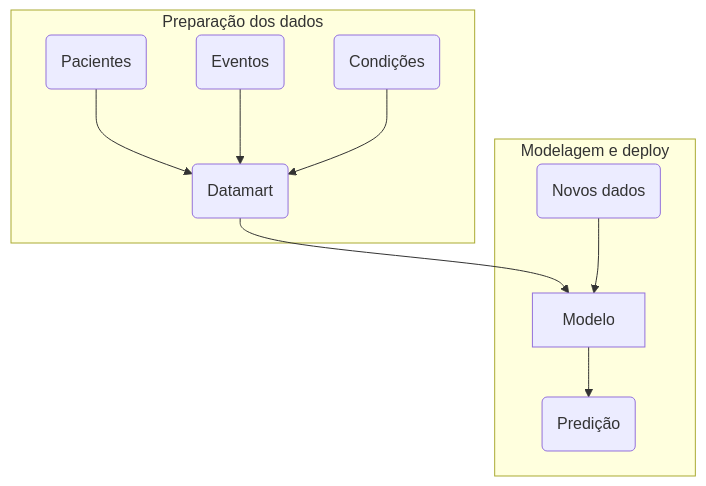
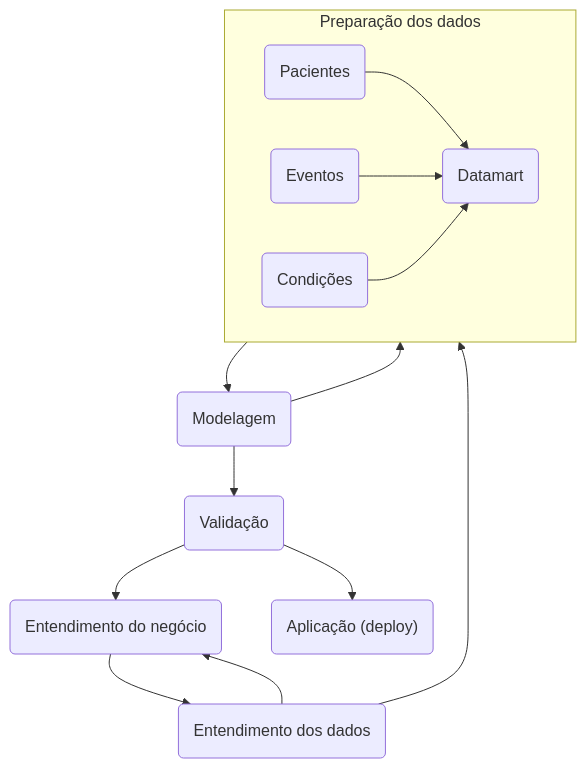
Before and after one commit to brolesi/ds4h: the diagram in README.md, drawn with Mermaid. The commit also changed other lines of this file and 1 other file, not shown here.

````diff
--- a/README.md
+++ b/README.md
@@ -31,14 +38,18 @@
 ```mermaid
-graph TB;
-subgraph Preparação dos dados
-  id1(Pacientes) --> id4(Datamart);
-  id2(Eventos)   --> id4(Datamart);
-  id3(Condições) --> id4(Datamart);
+flowchart  TB;
+id1(Entendimento do negócio) --> id2(Entendimento dos dados);
+id2(Entendimento dos dados) --> id1(Entendimento do negócio) ;
+id2(Entendimento dos dados) --> id100[Preparação dos dados];
+subgraph id100[Preparação dos dados]
+id101(Pacientes) --> id104(Datamart);
+id102(Eventos)   --> id104(Datamart);
+id103(Condições) --> id104(Datamart);
 end
-  id4(Datamart) -->  id5[Modelo];
-subgraph Modelagem e deploy
-  id6(Novos dados) --> id5[Modelo];
-  id5[Modelo] --> id7(Predição)
-end
-;
+
+id100[Preparação dos dados] --> id4(Modelagem)
+id4(Modelagem) --> id100[Preparação dos dados];
+id4(Modelagem) --> id5(Validação);
+id5(Validação) --> id1(Entendimento do negócio);
+id5(Validação) --> id6("Aplicação (deploy)");
+
 ```
````
